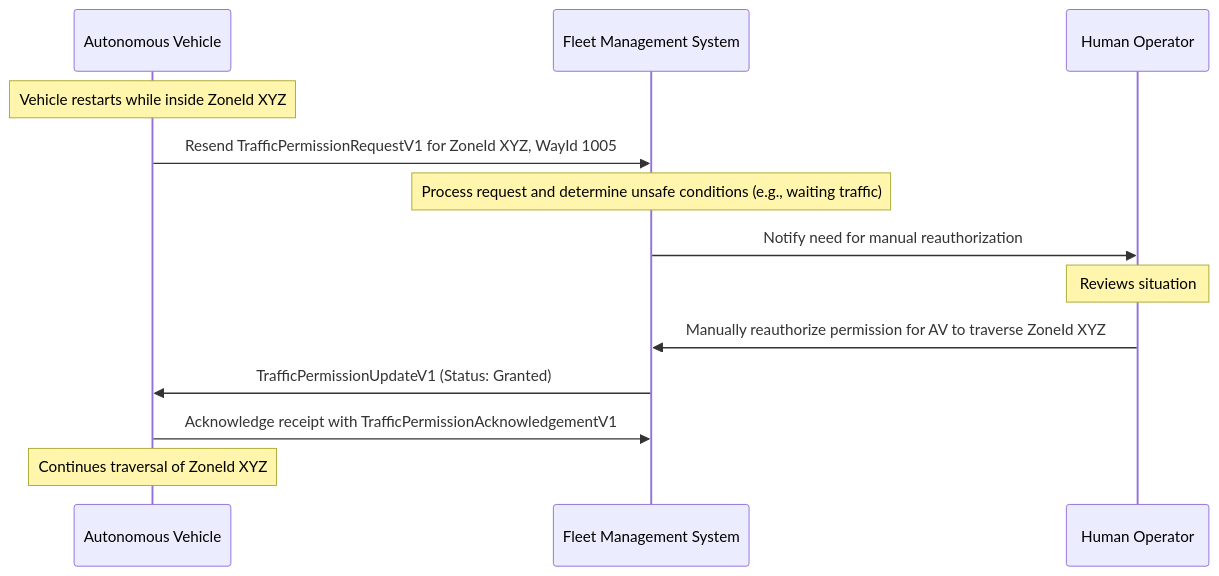
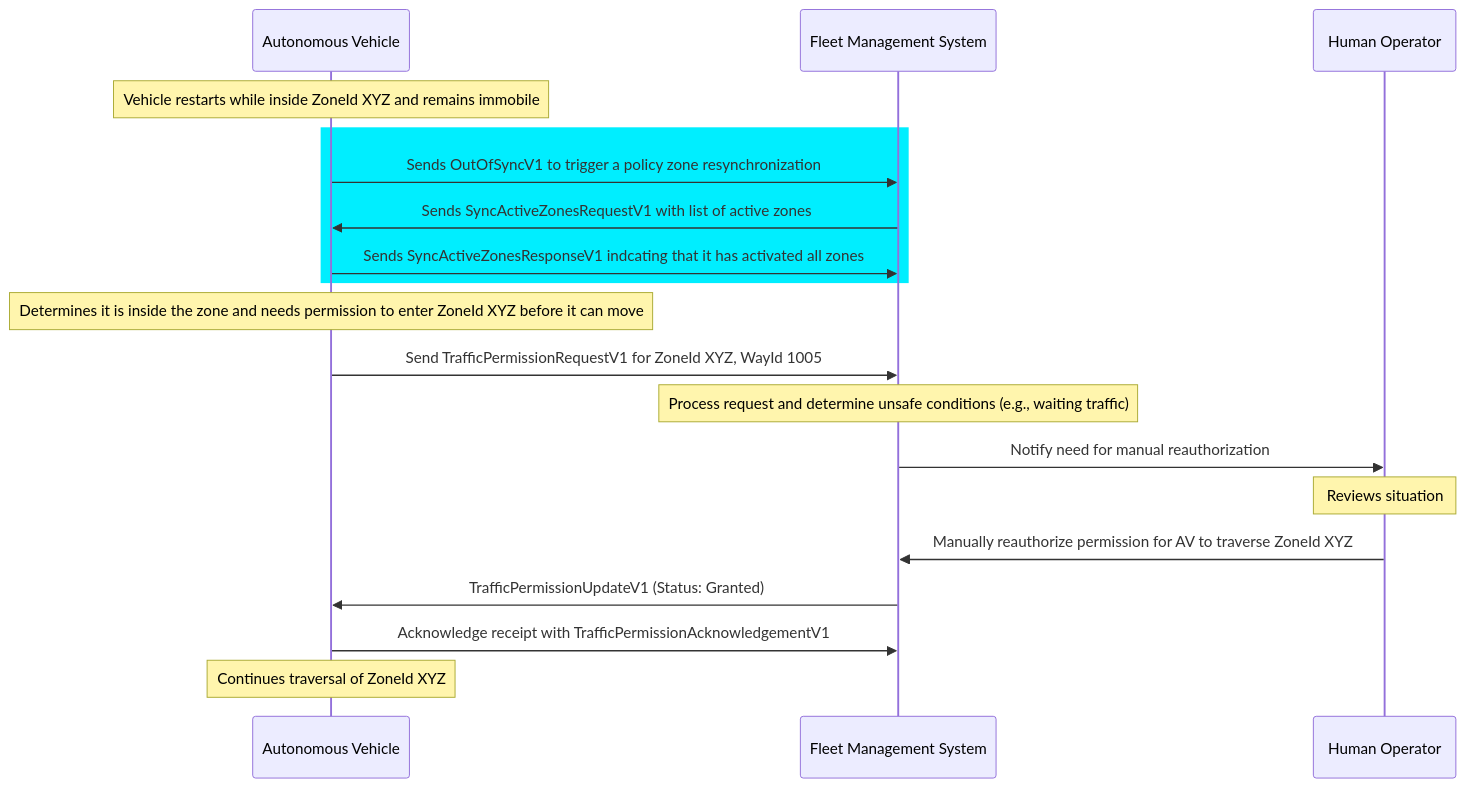
The sixth of 6 diagrams in diagram/RequestingPermission.md (open-autonomy/traffic-management), drawn with Mermaid before and after one commit. The commit also changed other lines of this file, not shown here.

Commit message:
Policy zone sync

````diff
--- a/diagram/RequestingPermission.md
+++ b/diagram/RequestingPermission.md
@@ -109,15 +115,21 @@
 ```mermaid
 sequenceDiagram
 	participant AV as Autonomous Vehicle
 	participant FMS as Fleet Management System
 	participant Human as Human Operator
-	Note over AV: Vehicle restarts while inside ZoneId XYZ
-	AV->>FMS: Resend TrafficPermissionRequestV1 for ZoneId XYZ, WayId 1005
+	Note over AV: Vehicle restarts while inside ZoneId XYZ and remains immobile
+	rect rgba(0, 238, 255, 1)
+		AV->>FMS: Sends OutOfSyncV1 to trigger a policy zone resynchronization
+		FMS->>AV: Sends SyncActiveZonesRequestV1 with list of active zones
+		AV->>FMS: Sends SyncActiveZonesResponseV1 indcating that it has activated all zones
+	end
+	Note over AV: Determines it is inside the zone and needs permission to enter ZoneId XYZ before it can move
+	AV->>FMS: Send TrafficPermissionRequestV1 for ZoneId XYZ, WayId 1005
 	Note over FMS: Process request and determine unsafe conditions (e.g., waiting traffic)
 	FMS->>Human: Notify need for manual reauthorization
 	Note over Human: Reviews situation
 	Human->>FMS: Manually reauthorize permission for AV to traverse ZoneId XYZ
 	FMS->>AV: TrafficPermissionUpdateV1 (Status: Granted)
 	AV->>FMS: Acknowledge receipt with TrafficPermissionAcknowledgementV1
 	Note over AV: Continues traversal of ZoneId XYZ
 ```
````
